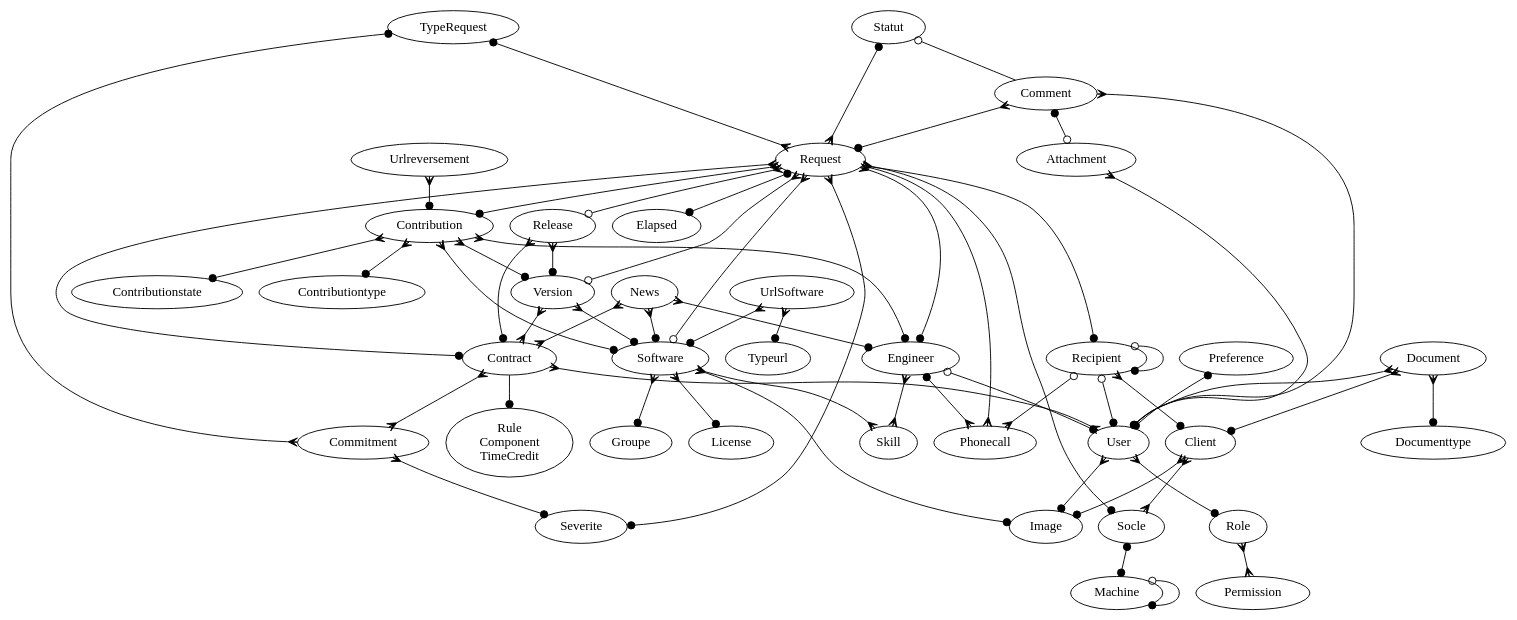
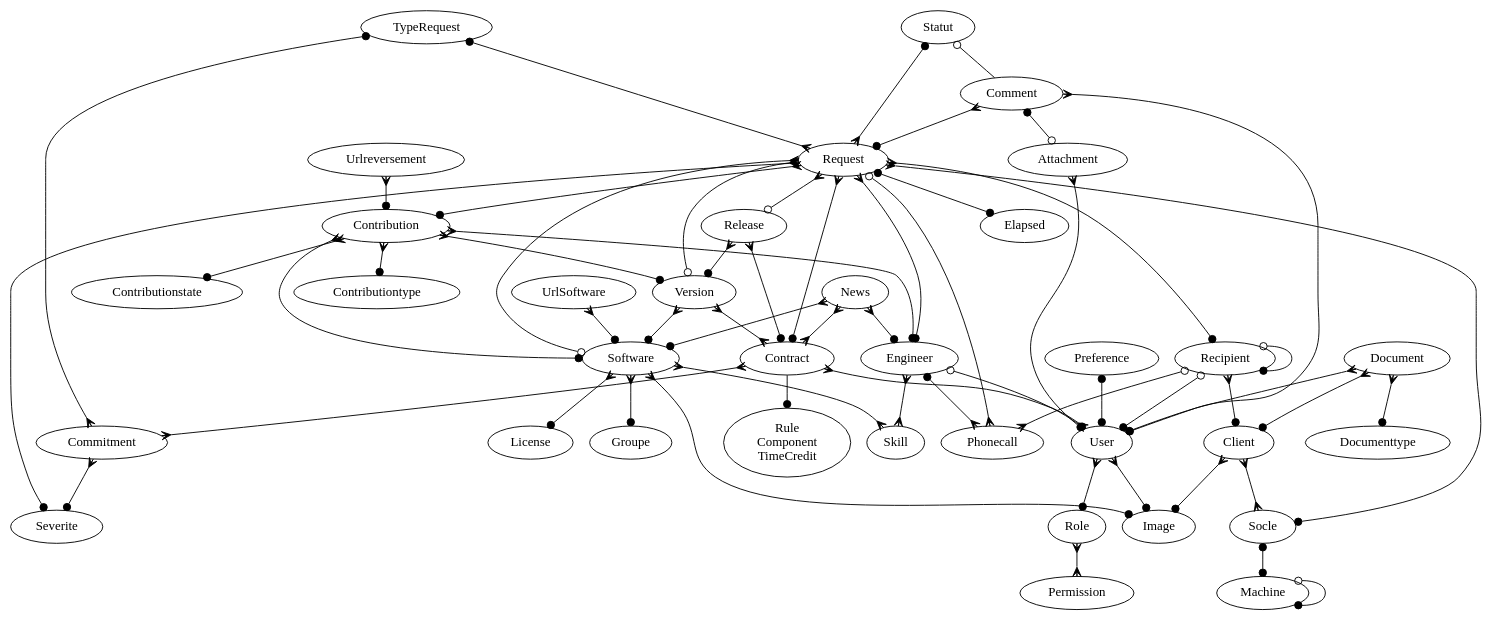
The diagram in doc/data_model.dot (trivoallan/tosca), drawn with Graphviz before and after one commit. The commit also changed 27 other files, not shown here.

```diff
--- a/doc/data_model.dot
+++ b/doc/data_model.dot
@@ -1,83 +1,82 @@
 digraph x {
 
 //rotate=90;
 {rank=min; Statut TypeRequest Statut }
 
 Rule [label="Rule\nComponent\nTimeCredit"]
 
 Recipient -> User [arrowhead=dot,arrowtail=odot,dir=both]
 Recipient -> Phonecall [arrowhead=crow,arrowtail=odot,dir=both]
 Recipient -> Client [arrowhead=dot,dir=both,arrowtail=crow]
 Recipient -> Recipient [arrowhead=dot,arrowtail=odot,dir=both]
 
 Client -> Image [arrowhead=dot,dir=both,arrowtail=crow]
 Client -> Socle [arrowhead=crow,dir=both,arrowtail=crow]
 
 Comment -> Request [arrowhead=dot,dir=both,arrowtail=crow]
 Comment -> User [arrowhead=dot,dir=both,arrowtail=crow]
 Comment -> Attachment [arrowhead=odot,dir=both,arrowtail=dot]
 Comment -> Statut [arrowhead=odot]
 
 Contract -> User [arrowhead=crow,dir=both,arrowtail=crow]
 Contract -> Commitment [arrowhead=crow,arrowtail=crow,dir=both]
 Contract -> Rule [arrowhead=dot,arrowtail=crow]
 
 User -> Image [arrowhead=dot,dir=both,arrowtail=crow]
 User -> Role [arrowhead=dot,arrowtail=crow,dir=both]
 Engineer -> Skill [arrowhead=crow,arrowtail=crow,dir=both]
 Engineer -> User [arrowhead=dot,arrowtail=odot,dir=both]
 Engineer -> Phonecall [arrowhead=crow,dir=both,arrowtail=dot]
 
 News -> Engineer [arrowhead=dot,dir=both,arrowtail=crow]
 News -> Contract [arrowhead=crow,dir=both,arrowtail=crow]
 News -> Software [arrowhead=dot,dir=both,arrowtail=crow]
 
 Request -> TypeRequest [arrowhead=dot,dir=both,arrowtail=crow]
 Request -> Elapsed [arrowhead=dot,dir=both,arrowtail=dot]
 Request -> Severite [arrowhead=dot,dir=both,arrowtail=crow]
 Request -> Recipient [arrowhead=dot,dir=both,arrowtail=crow]
 Request -> Socle [arrowhead=dot,dir=both,arrowtail=crow]
 Request -> Contribution [arrowhead=dot,dir=both,arrowtail=crow]
 Request -> Contract [arrowhead=dot,dir=both,arrowtail=crow]
 Request -> Statut [arrowhead=dot,dir=both,arrowtail=crow]
 Request -> Engineer [arrowhead=dot,dir=both,arrowtail=crow]
 Request -> Phonecall [arrowhead=crow,arrowtail=odot,dir=both]
 Request -> Software [arrowhead=odot,dir=both,arrowtail=crow]
 Request -> Release [arrowhead=odot,dir=both,arrowtail=crow]
 Request -> Version [arrowhead=odot,dir=both,arrowtail=crow]
 
 Software -> Skill [arrowhead=crow,arrowtail=crow,dir=both]
 Software -> License [arrowhead=dot,dir=both,arrowtail=crow]
 Software -> Groupe [arrowhead=dot,dir=both,arrowtail=crow]
 Software -> Image [arrowhead=dot,dir=both,arrowtail=crow]
 
 
 Version -> Software [arrowhead=dot,dir=both,arrowtail=crow]
 Version -> Contract [arrowhead=crow,dir=both,arrowtail=crow]
 
 Release -> Contract [arrowhead=dot,dir=both,arrowtail=crow]
 Release -> Version [arrowhead=dot,dir=both,arrowtail=crow]
 
 
 Preference -> User [arrowhead=dot,arrowtail=dot,dir=both]
 Socle -> Machine [arrowhead=dot,dir=both,arrowtail=dot]
 Machine -> Machine [arrowhead=dot,dir=both,arrowtail=odot]
 UrlSoftware -> Software [arrowhead=dot,dir=both,arrowtail=crow]
-UrlSoftware -> Typeurl [arrowhead=dot,dir=both,arrowtail=crow]
 Commitment -> Severite [arrowhead=dot,dir=both,arrowtail=crow]
 Commitment -> TypeRequest [arrowhead=dot,dir=both,arrowtail=crow]
 Role -> Permission [arrowhead=crow,arrowtail=crow,dir=both]
 Urlreversement -> Contribution [arrowhead=dot,dir=both,arrowtail=crow]
 
 Contribution -> Contributionstate [arrowhead=dot,dir=both,arrowtail=crow]
 Contribution -> Contributiontype [arrowhead=dot,dir=both,arrowtail=crow]
 Contribution -> Software [arrowhead=dot,dir=both,arrowtail=crow]
 Contribution -> Version [arrowhead=dot,arrowtail=crow,dir=both]
 Contribution -> Engineer [arrowhead=dot,dir=both,arrowtail=crow]
 Attachment -> User [arrowtail=crow,dir=both,arrowhead=dot]
 Document -> Client [arrowhead=dot,dir=both,arrowtail=crow]
 Document -> Documenttype [arrowhead=dot,dir=both,arrowtail=crow]
 Document -> User [arrowhead=dot,dir=both,arrowtail=crow]
 
 
 }
```
